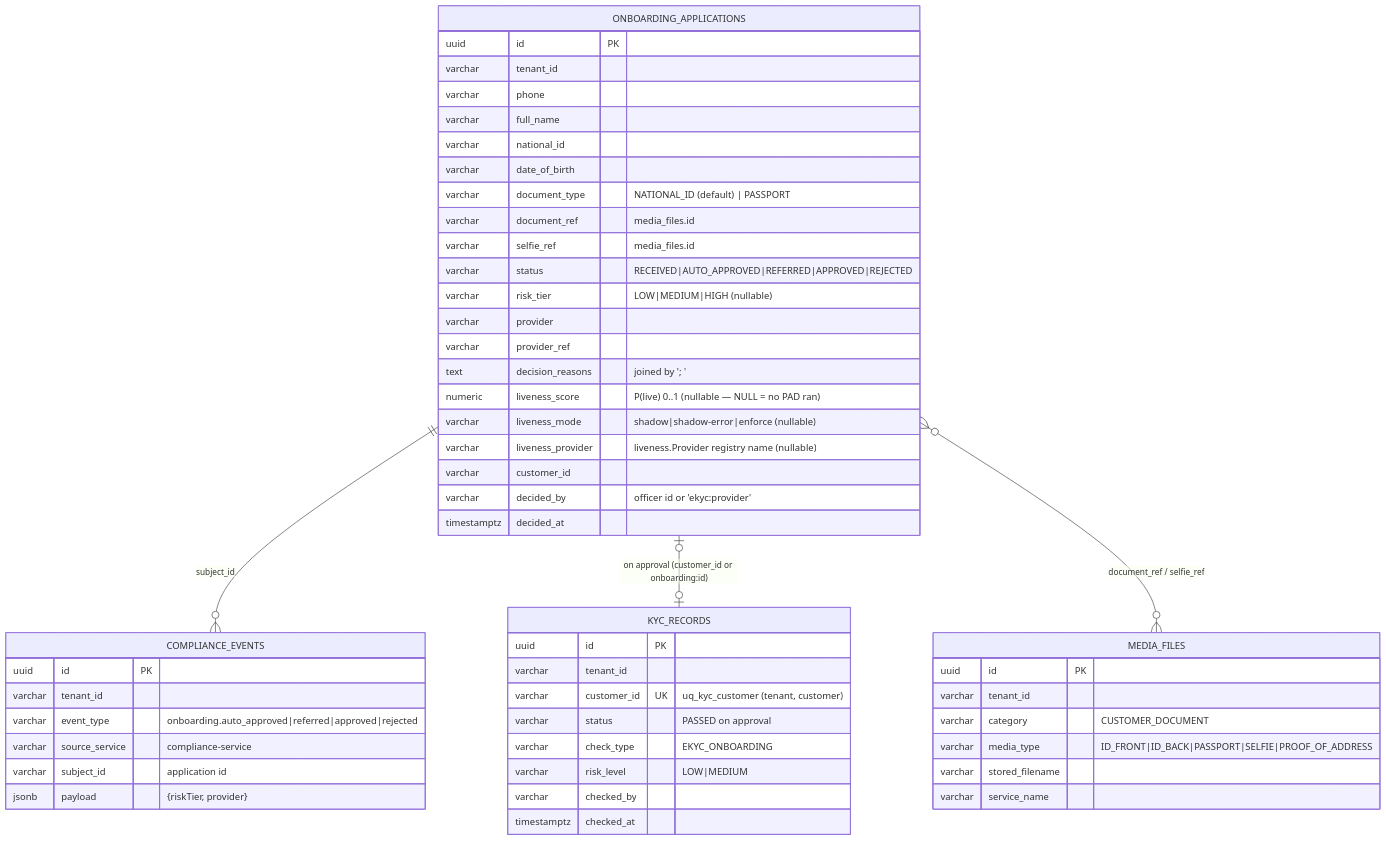
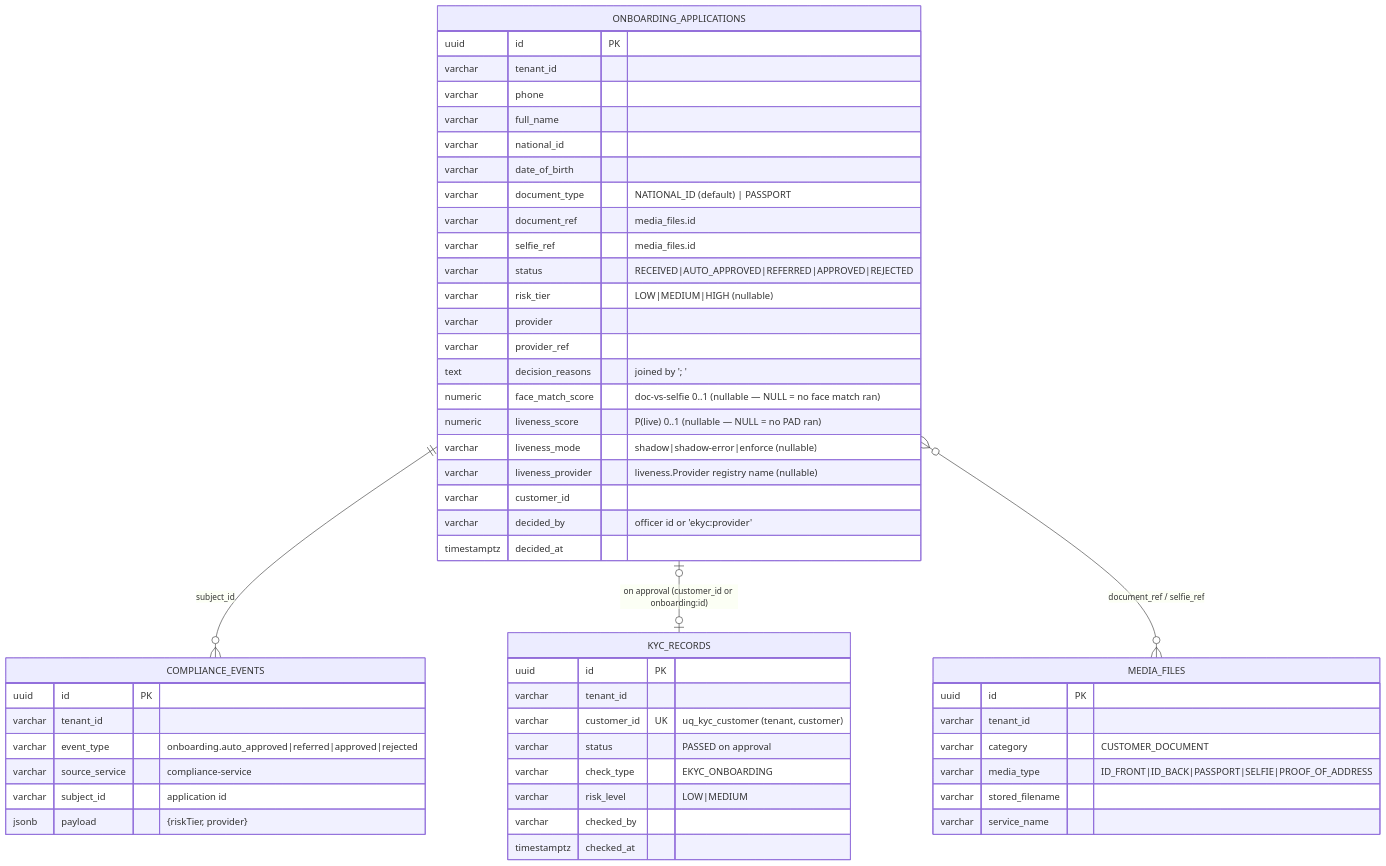
Before and after one commit to aktech-io/AthenaIntelligentLMS: the fourth of 4 diagrams in docs/ekyc/02-system-architecture.md, drawn with Mermaid. The commit also changed other lines of this file and 15 other files, not shown here.

````diff
--- a/docs/ekyc/02-system-architecture.md
+++ b/docs/ekyc/02-system-architecture.md
@@ -171,54 +178,55 @@
 ```mermaid
 erDiagram
     ONBOARDING_APPLICATIONS {
         uuid id PK
         varchar tenant_id
         varchar phone
         varchar full_name
         varchar national_id
         varchar date_of_birth
         varchar document_type "NATIONAL_ID (default) | PASSPORT"
         varchar document_ref "media_files.id"
         varchar selfie_ref "media_files.id"
         varchar status "RECEIVED|AUTO_APPROVED|REFERRED|APPROVED|REJECTED"
         varchar risk_tier "LOW|MEDIUM|HIGH (nullable)"
         varchar provider
         varchar provider_ref
         text decision_reasons "joined by '; '"
+        numeric face_match_score "doc-vs-selfie 0..1 (nullable — NULL = no face match ran)"
         numeric liveness_score "P(live) 0..1 (nullable — NULL = no PAD ran)"
         varchar liveness_mode "shadow|shadow-error|enforce (nullable)"
         varchar liveness_provider "liveness.Provider registry name (nullable)"
         varchar customer_id
         varchar decided_by "officer id or 'ekyc:provider'"
         timestamptz decided_at
     }
     KYC_RECORDS {
         uuid id PK
         varchar tenant_id
         varchar customer_id UK "uq_kyc_customer (tenant, customer)"
         varchar status "PASSED on approval"
         varchar check_type "EKYC_ONBOARDING"
         varchar risk_level "LOW|MEDIUM"
         varchar checked_by
         timestamptz checked_at
     }
     COMPLIANCE_EVENTS {
         uuid id PK
         varchar tenant_id
         varchar event_type "onboarding.auto_approved|referred|approved|rejected"
         varchar source_service "compliance-service"
         varchar subject_id "application id"
         jsonb payload "{riskTier, provider}"
     }
     MEDIA_FILES {
         uuid id PK
         varchar tenant_id
         varchar category "CUSTOMER_DOCUMENT"
         varchar media_type "ID_FRONT|ID_BACK|PASSPORT|SELFIE|PROOF_OF_ADDRESS"
         varchar stored_filename
         varchar service_name
     }
     ONBOARDING_APPLICATIONS ||--o{ COMPLIANCE_EVENTS : "subject_id"
     ONBOARDING_APPLICATIONS |o--o| KYC_RECORDS : "on approval (customer_id or onboarding:id)"
     ONBOARDING_APPLICATIONS }o--o{ MEDIA_FILES : "document_ref / selfie_ref"
 ```
````
